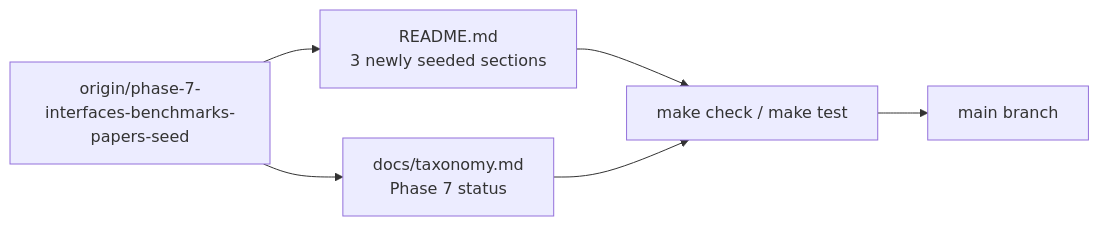
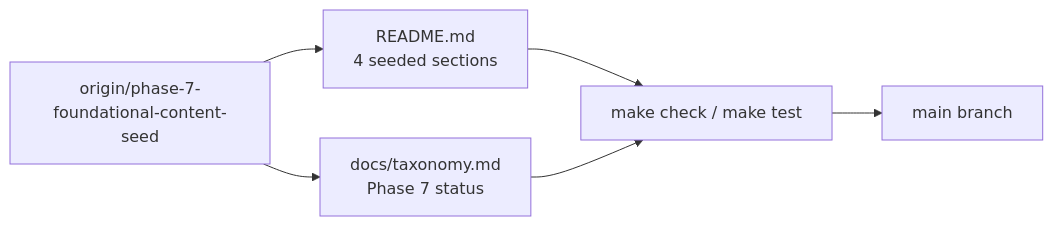
The diagram in prd.md (portpowered/awesome-agent-factories), drawn with Mermaid before and after one commit. The commit also changed other lines of this file and 2 other files, not shown here.

````diff
--- a/prd.md
+++ b/prd.md
@@ -135,14 +144,14 @@
 ```mermaid
 flowchart LR
-  seed["origin/phase-7-interfaces-benchmarks-papers-seed"]
+  seed["origin/phase-7-foundational-content-seed"]
   main["main branch"]
-  readme["README.md\n3 newly seeded sections"]
+  readme["README.md\n4 seeded sections"]
   tax["docs/taxonomy.md\nPhase 7 status"]
   checks["make check / make test"]
 
   seed --> readme
   seed --> tax
   readme --> checks
   tax --> checks
   checks --> main
 ```
````
